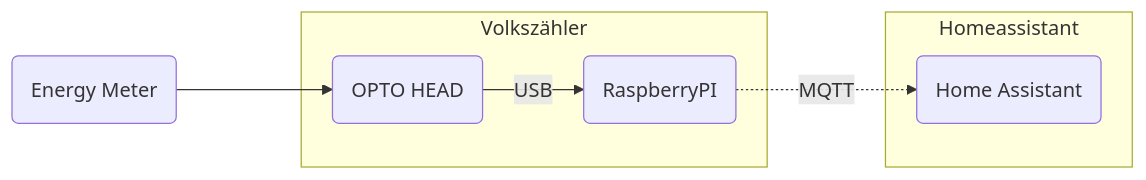
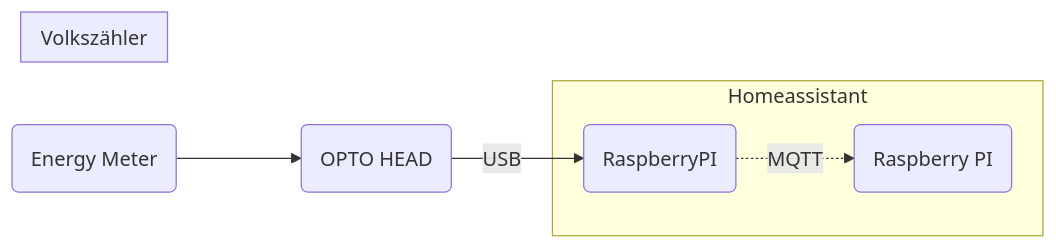
One commit to rangulvers/smart_meter_setup changed the diagram in README.md. Above: the diagram before and after it, drawn with Mermaid.

````diff
--- a/README.md
+++ b/README.md
@@ -10,12 +10,13 @@
 ```mermaid
 
 flowchart LR
         A(Energy Meter) ---> B(OPTO HEAD)
+        B --USB--> C(RaspberryPI)
         subgraph Volkszähler
-        B --USB--> C(RaspberryPI)
+        
         end
         subgraph Homeassistant
-        C -.MQTT.-> D(Home Assistant)
+        C -.MQTT.-> D(Raspberry PI)
         end
         
 ```
````
